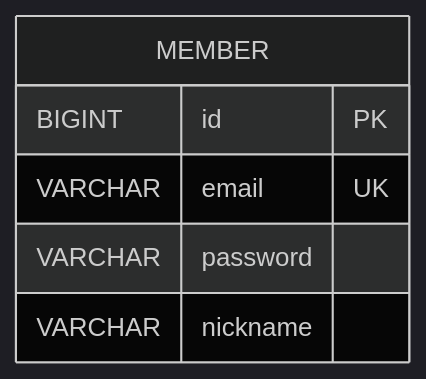
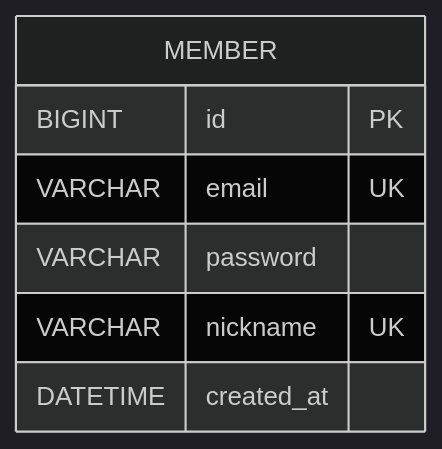
Before and after one commit to Leegunmyeong/ai-practice-2: the diagram in docs/db/schema.md, drawn with Mermaid (dark theme). The commit also changed other lines of this file and 3 other files, not shown here.

````diff
--- a/docs/db/schema.md
+++ b/docs/db/schema.md
@@ -5,9 +5,10 @@
 ```mermaid
 erDiagram
   MEMBER {
     BIGINT id PK
     VARCHAR email UK
     VARCHAR password
-    VARCHAR nickname
+    VARCHAR nickname UK
+    DATETIME created_at
   }
 ```
````
